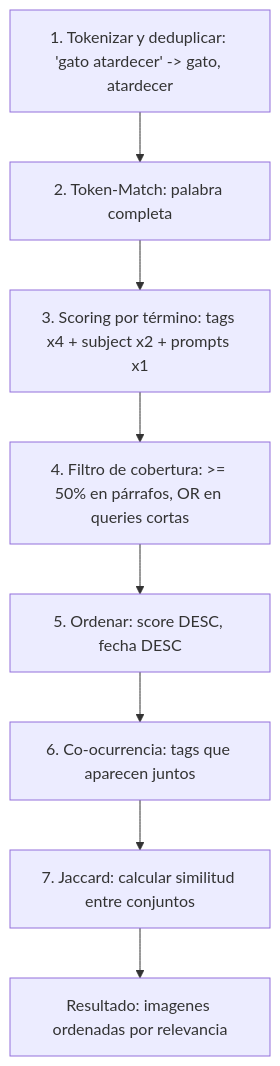
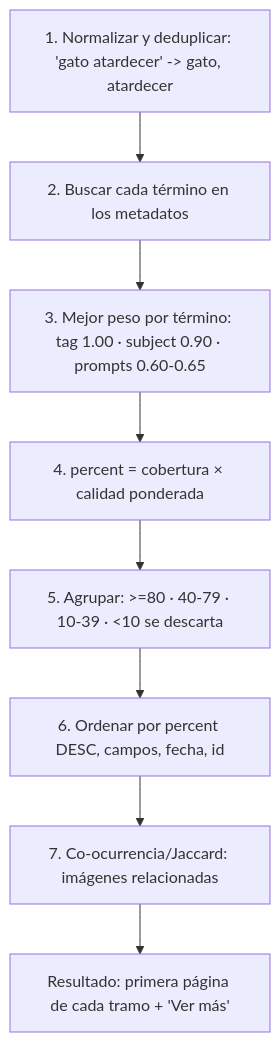
One commit to SenzaNomeca/Buscador-IA-con-grafos changed the ninth of 9 diagrams in docs/VORAEL_GUIA_COMPLETA.md. Above: the diagram before and after it, drawn with Mermaid. The commit also changed other lines of this file and 11 other files, not shown here.

````diff
--- a/docs/VORAEL_GUIA_COMPLETA.md
+++ b/docs/VORAEL_GUIA_COMPLETA.md
@@ -529,10 +541,10 @@
 ```mermaid
 flowchart TD
-    A["1. Tokenizar y deduplicar: 'gato atardecer' -> gato, atardecer"] --> B["2. Token-Match: palabra completa"]
-    B --> C["3. Scoring por término: tags x4 + subject x2 + prompts x1"]
-    C --> D["4. Filtro de cobertura: >= 50% en párrafos, OR en queries cortas"]
-    D --> E["5. Ordenar: score DESC, fecha DESC"]
-    E --> F["6. Co-ocurrencia: tags que aparecen juntos"]
-    F --> G["7. Jaccard: calcular similitud entre conjuntos"]
-    G --> H["Resultado: imagenes ordenadas por relevancia"]
+    A["1. Normalizar y deduplicar: 'gato atardecer' -> gato, atardecer"] --> B["2. Buscar cada término en los metadatos"]
+    B --> C["3. Mejor peso por término: tag 1.00 · subject 0.90 · prompts 0.60-0.65"]
+    C --> D["4. percent = cobertura × calidad ponderada"]
+    D --> E["5. Agrupar: >=80 · 40-79 · 10-39 · <10 se descarta"]
+    E --> F["6. Ordenar por percent DESC, campos, fecha, id"]
+    F --> G["7. Co-ocurrencia/Jaccard: imágenes relacionadas"]
+    G --> H["Resultado: primera página de cada tramo + 'Ver más'"]
 ```
````
